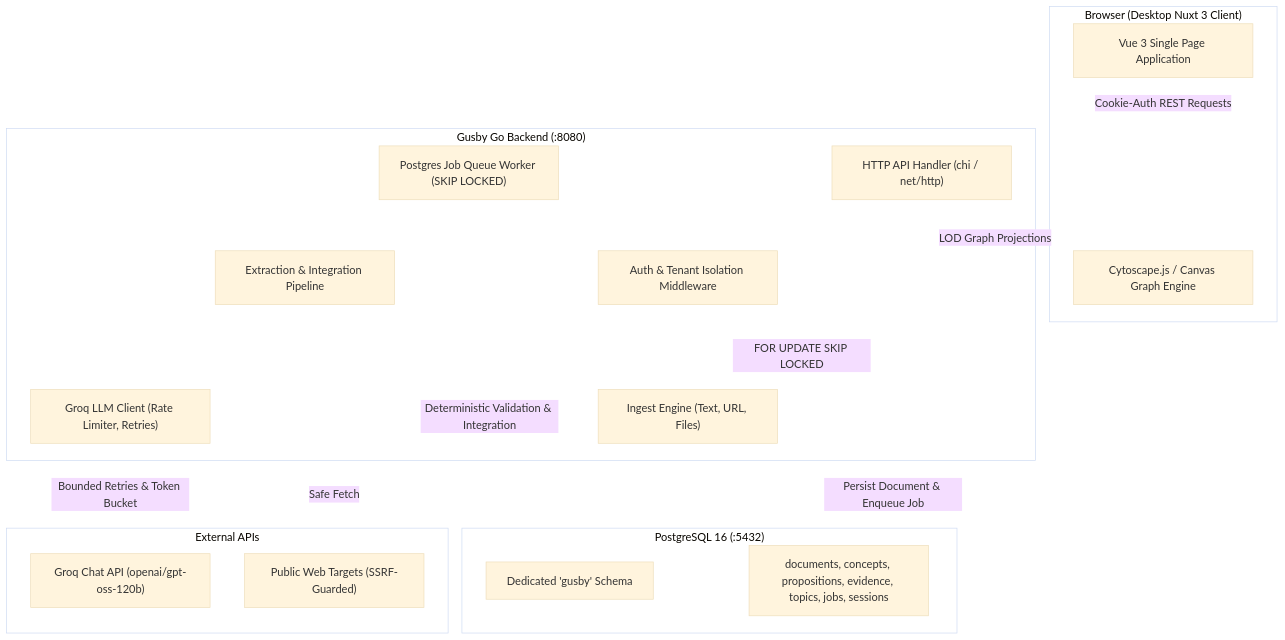
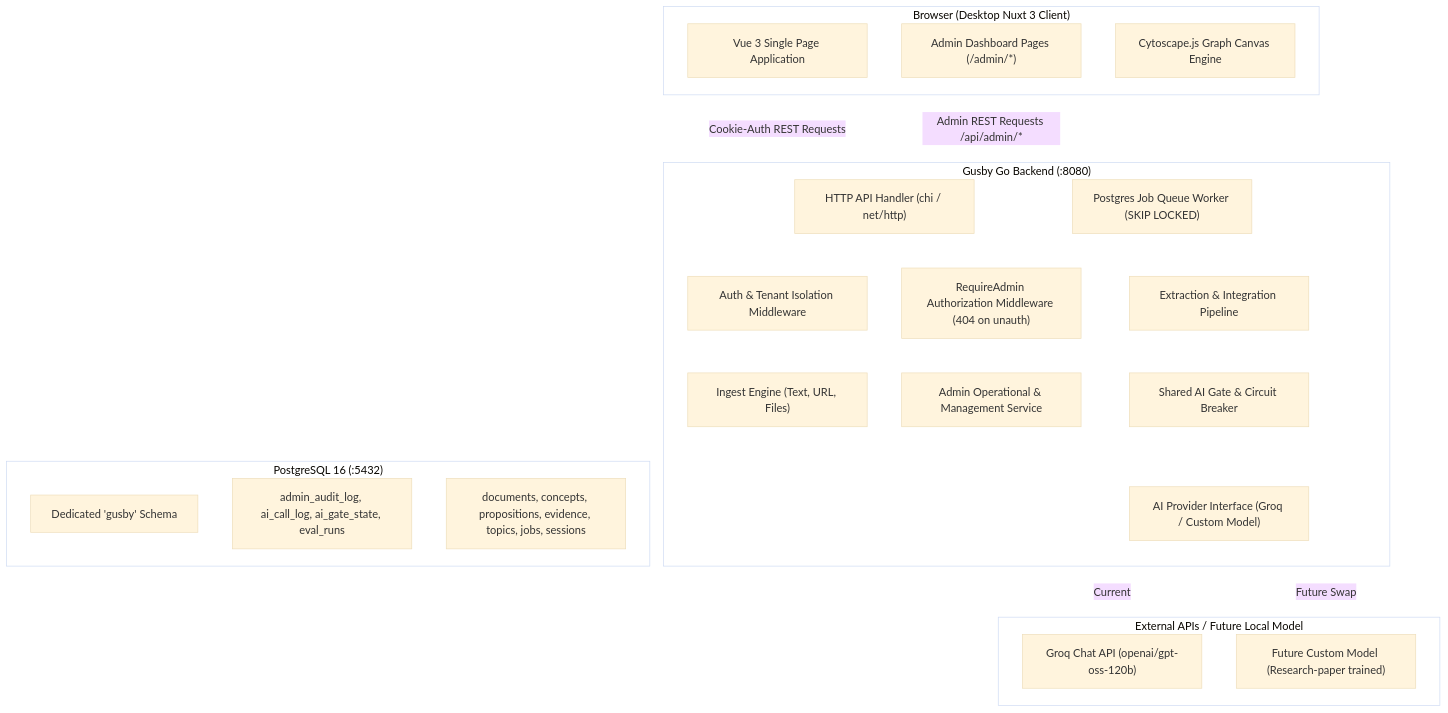
The first of 2 diagrams in docs/gusby/02_TRD.md (FatPandaC8/KBA), drawn with Mermaid before and after one commit. The commit also changed other lines of this file and 10 other files, not shown here.

Commit message:
docs(admin): freeze v1.1 project docs and contracts under CR-001 for Admin Dashboard

````diff
--- a/docs/gusby/02_TRD.md
+++ b/docs/gusby/02_TRD.md
@@ -31,39 +29,48 @@
 ```mermaid
 %%{init: {'theme': 'base', 'themeVariables': { 'background': 'transparent', 'clusterBkg': 'none' }}}%%
 flowchart TD
     subgraph BrowserClient ["Browser (Desktop Nuxt 3 Client)"]
         UI["Vue 3 Single Page Application"]
-        GraphEngine["Cytoscape.js / Canvas Graph Engine"]
+        AdminUI["Admin Dashboard Pages (/admin/*)"]
+        GraphEngine["Cytoscape.js Graph Canvas Engine"]
     end
 
     subgraph GoServer ["Gusby Go Backend (:8080)"]
         API["HTTP API Handler (chi / net/http)"]
         AuthMiddleware["Auth & Tenant Isolation Middleware"]
+        AdminMiddleware["RequireAdmin Authorization Middleware (404 on unauth)"]
+        AdminService["Admin Operational & Management Service"]
         IngestRouter["Ingest Engine (Text, URL, Files)"]
         JobQueue["Postgres Job Queue Worker (SKIP LOCKED)"]
         PipelineEngine["Extraction & Integration Pipeline"]
-        LLMClient["Groq LLM Client (Rate Limiter, Retries)"]
+        AIGate["Shared AI Gate & Circuit Breaker"]
+        LLMClient["AI Provider Interface (Groq / Custom Model)"]
     end
 
     subgraph DataStore ["PostgreSQL 16 (:5432)"]
         SchemaGusby["Dedicated 'gusby' Schema"]
         Tables["documents, concepts, propositions, evidence, topics, jobs, sessions"]
+        AdminTables["admin_audit_log, ai_call_log, ai_gate_state, eval_runs"]
     end
 
-    subgraph ExternalProvider ["External APIs"]
+    subgraph ExternalProvider ["External APIs / Future Local Model"]
         GroqAPI["Groq Chat API (openai/gpt-oss-120b)"]
-        WebTargets["Public Web Targets (SSRF-Guarded)"]
+        FutureModel["Future Custom Model (Research-paper trained)"]
     end
 
     UI -->|Cookie-Auth REST Requests| API
+    AdminUI -->|Admin REST Requests /api/admin/*| API
     API --> AuthMiddleware
     AuthMiddleware --> IngestRouter
-    IngestRouter -->|Persist Document & Enqueue Job| Tables
-    JobQueue -->|FOR UPDATE SKIP LOCKED| Tables
+    API --> AdminMiddleware
+    AdminMiddleware --> AdminService
+    AdminService --> AdminTables
+    AdminService --> Tables
+    IngestRouter --> Tables
+    JobQueue --> Tables
     JobQueue --> PipelineEngine
-    PipelineEngine --> LLMClient
-    PipelineEngine -->|Deterministic Validation & Integration| Tables
-    LLMClient -->|Bounded Retries & Token Bucket| GroqAPI
-    IngestRouter -->|Safe Fetch| WebTargets
-    API -->|LOD Graph Projections| GraphEngine
+    PipelineEngine --> AIGate
+    AIGate --> LLMClient
+    LLMClient -->|Current| GroqAPI
+    LLMClient -.->|Future Swap| FutureModel
 ```
````
